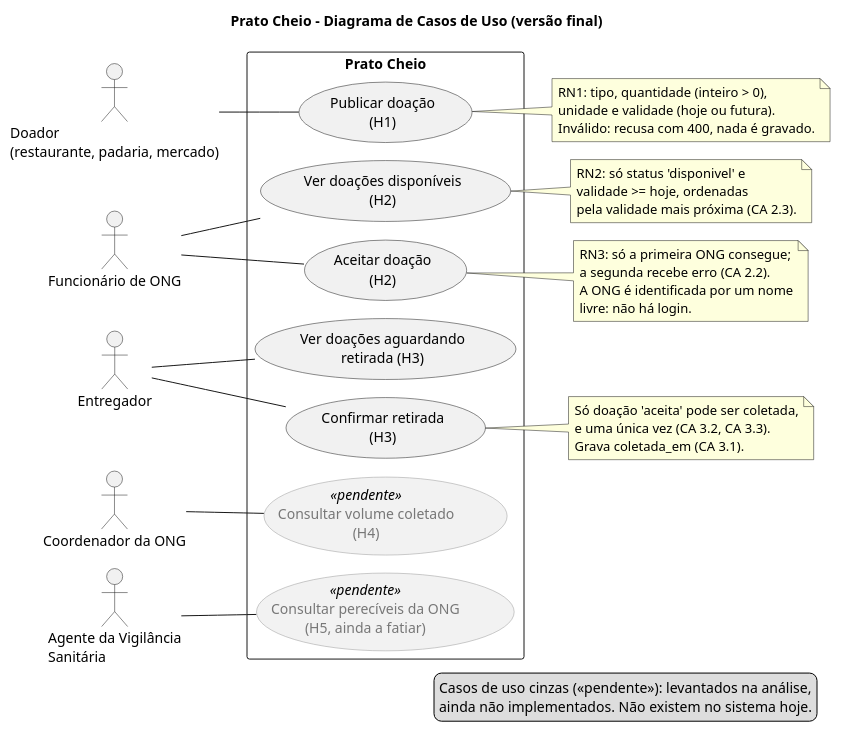
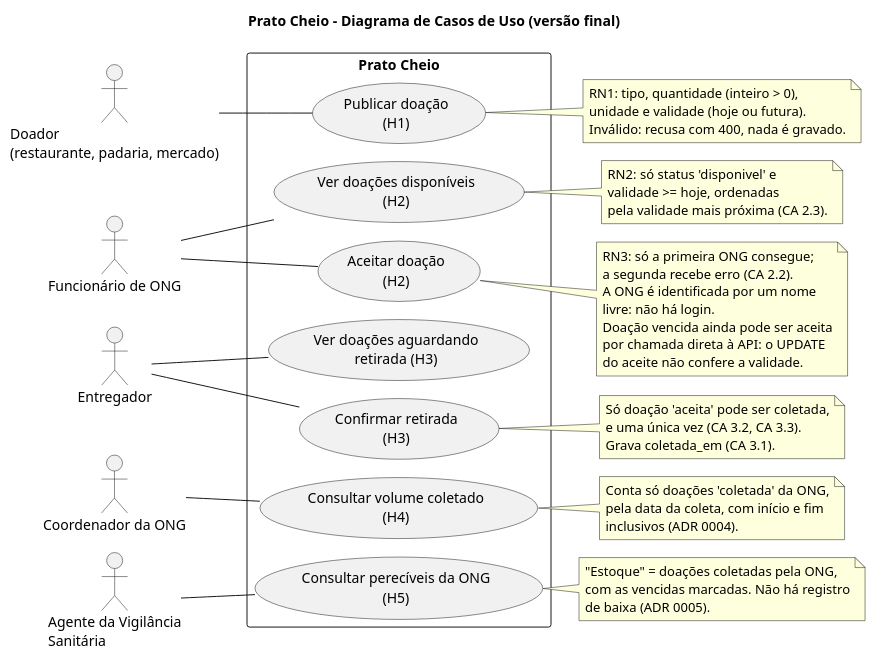
Before and after one commit to catolica-orangotango/projeto-prato-cheio: the diagram in docs/diagramas/final/vf-ia1.puml, drawn with PlantUML.

Commit message:
docs(diagramas): atualiza vf-ia1 com H4 e H5 implementadas

```diff
--- a/docs/diagramas/final/vf-ia1.puml
+++ b/docs/diagramas/final/vf-ia1.puml
@@ -1,66 +1,70 @@
 @startuml casos-de-uso-final
 !pragma layout smetana
 left to right direction
 title Prato Cheio - Diagrama de Casos de Uso (versão final)
-
-skinparam usecase {
-  BackgroundColor<<pendente>> #F2F2F2
-  BorderColor<<pendente>> #999999
-  FontColor<<pendente>> #777777
-}
 
 actor "Doador\n(restaurante, padaria, mercado)" as Doador
 actor "Funcionário de ONG" as ONG
 actor "Entregador" as Entregador
 actor "Coordenador da ONG" as Coord
 actor "Agente da Vigilância\nSanitária" as Vig
 
 rectangle "Prato Cheio" {
   usecase "Publicar doação\n(H1)" as UC1
   usecase "Ver doações disponíveis\n(H2)" as UC2
   usecase "Aceitar doação\n(H2)" as UC3
   usecase "Ver doações aguardando\nretirada (H3)" as UC4
   usecase "Confirmar retirada\n(H3)" as UC5
 
-  usecase "Consultar volume coletado\n(H4)" as UC6 <<pendente>>
-  usecase "Consultar perecíveis da ONG\n(H5, ainda a fatiar)" as UC7 <<pendente>>
+  usecase "Consultar volume coletado\n(H4)" as UC6
+  usecase "Consultar perecíveis da ONG\n(H5)" as UC7
 }
 
 Doador -- UC1
 ONG -- UC2
 ONG -- UC3
 Entregador -- UC4
 Entregador -- UC5
 Coord -- UC6
 Vig -- UC7
 
 note right of UC1
   RN1: tipo, quantidade (inteiro > 0),
   unidade e validade (hoje ou futura).
   Inválido: recusa com 400, nada é gravado.
 end note
 
 note right of UC2
   RN2: só status 'disponivel' e
   validade >= hoje, ordenadas
   pela validade mais próxima (CA 2.3).
 end note
 
 note right of UC3
   RN3: só a primeira ONG consegue;
   a segunda recebe erro (CA 2.2).
   A ONG é identificada por um nome
   livre: não há login.
+  Doação vencida ainda pode ser aceita
+  por chamada direta à API: o UPDATE
+  do aceite não confere a validade.
 end note
 
 note right of UC5
   Só doação 'aceita' pode ser coletada,
   e uma única vez (CA 3.2, CA 3.3).
   Grava coletada_em (CA 3.1).
 end note
 
-legend right
-  Casos de uso cinzas (<<pendente>>): levantados na análise,
-  ainda não implementados. Não existem no sistema hoje.
-endlegend
+note right of UC6
+  Conta só doações 'coletada' da ONG,
+  pela data da coleta, com início e fim
+  inclusivos (ADR 0004).
+end note
+
+note right of UC7
+  "Estoque" = doações coletadas pela ONG,
+  com as vencidas marcadas. Não há registro
+  de baixa (ADR 0005).
+end note
 @enduml
```
